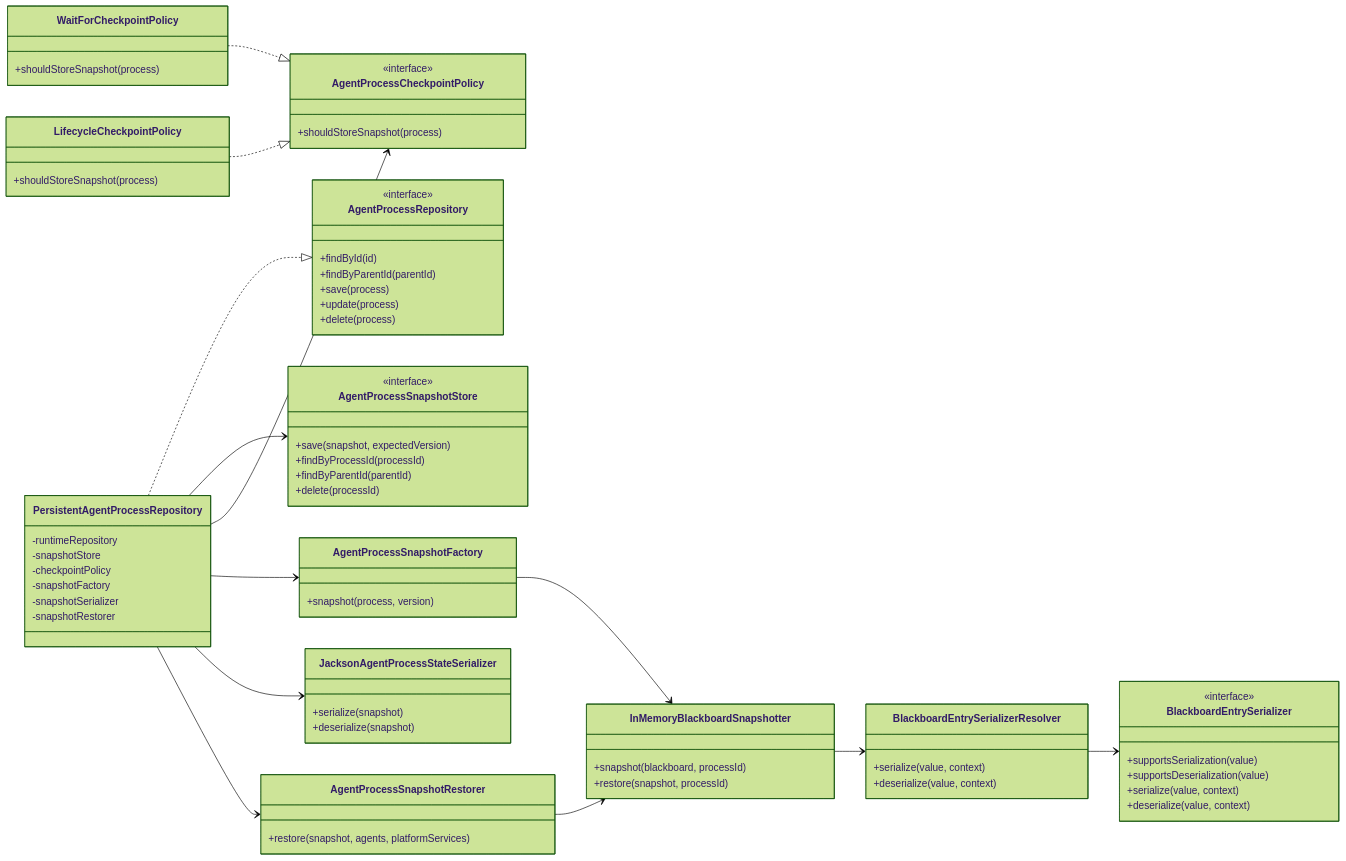
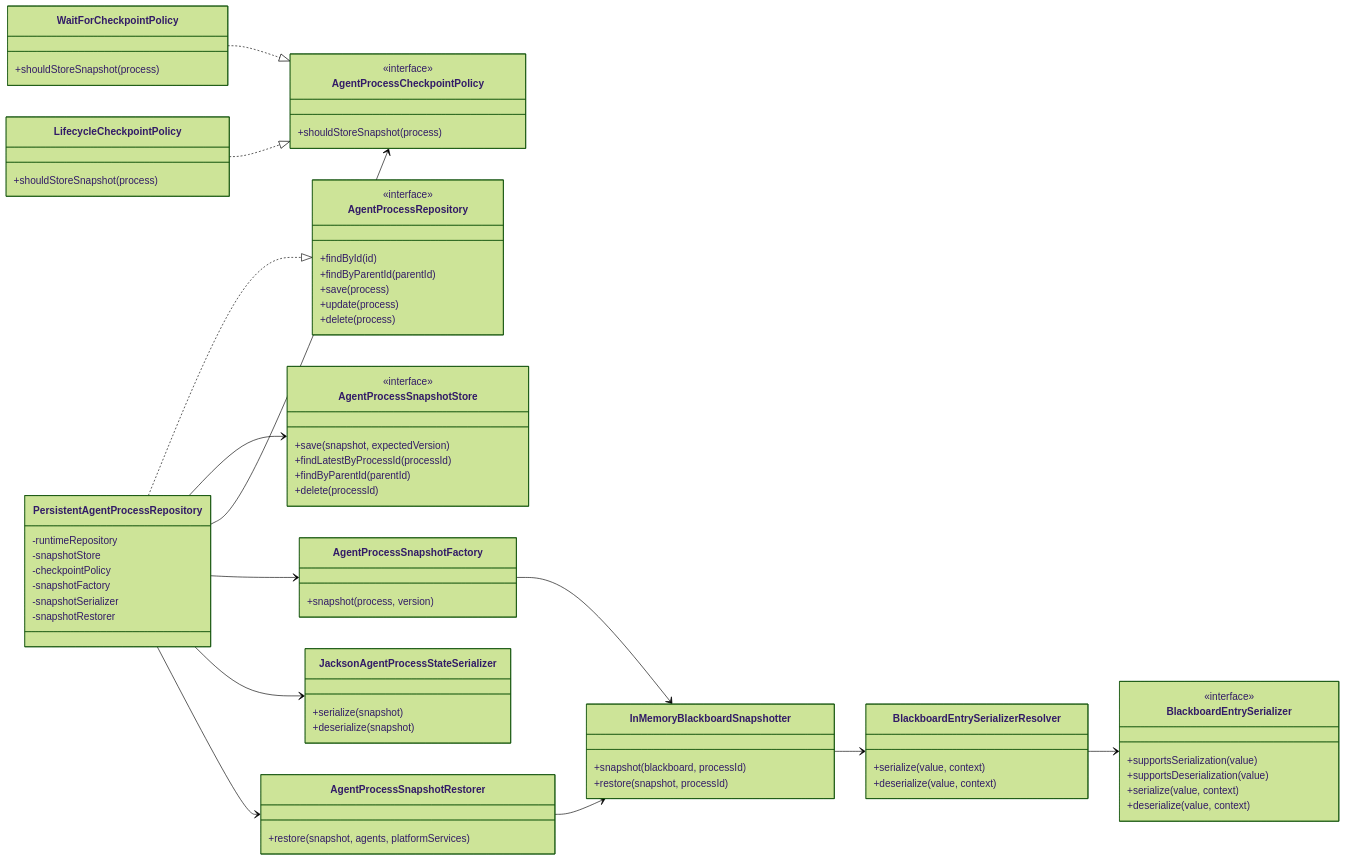
One commit to embabel/embabel-agent changed the diagram in embabel-agent-api/src/main/kotlin/com/embabel/agent/spi/support/persistence/README.md. Above: the diagram before and after it, drawn with Mermaid (forest theme). The commit also changed other lines of this file and 19 other files, not shown here.

```diff
--- a/embabel-agent-api/src/main/kotlin/com/embabel/agent/spi/support/persistence/README.md
+++ b/embabel-agent-api/src/main/kotlin/com/embabel/agent/spi/support/persistence/README.md
@@ -54,7 +54,7 @@
     class AgentProcessSnapshotStore {
         <<interface>>
         +save(snapshot, expectedVersion)
-        +findByProcessId(processId)
+        +findLatestByProcessId(processId)
         +findByParentId(parentId)
         +delete(processId)
     }
```
